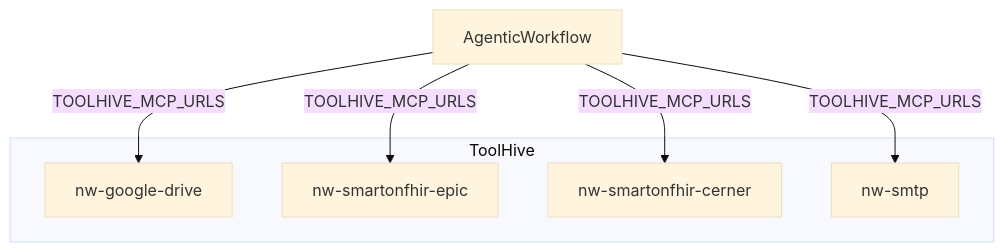
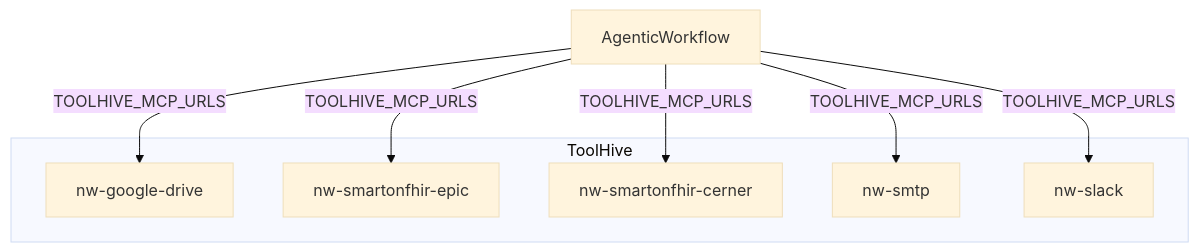
The diagram in docs/mcp-servers.md (AOT-Technologies/node-wire), drawn with Mermaid (base theme) before and after one commit. The commit also changed other lines of this file and 25 other files, not shown here.

````diff
--- a/docs/mcp-servers.md
+++ b/docs/mcp-servers.md
@@ -27,14 +27,16 @@
 ```mermaid
 flowchart TD
     Agent[AgenticWorkflow]
     subgraph toolhive[ToolHive]
         GDrive[nw-google-drive]
         Epic[nw-smartonfhir-epic]
         Cerner[nw-smartonfhir-cerner]
         SMTP[nw-smtp]
+        Slack[nw-slack]
     end
     Agent -->|"TOOLHIVE_MCP_URLS"| GDrive
     Agent -->|"TOOLHIVE_MCP_URLS"| Epic
     Agent -->|"TOOLHIVE_MCP_URLS"| Cerner
     Agent -->|"TOOLHIVE_MCP_URLS"| SMTP
+    Agent -->|"TOOLHIVE_MCP_URLS"| Slack
 ```
````
